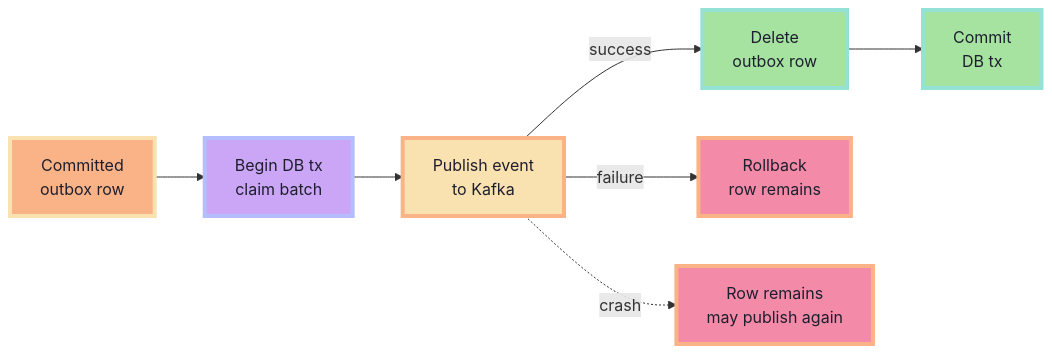
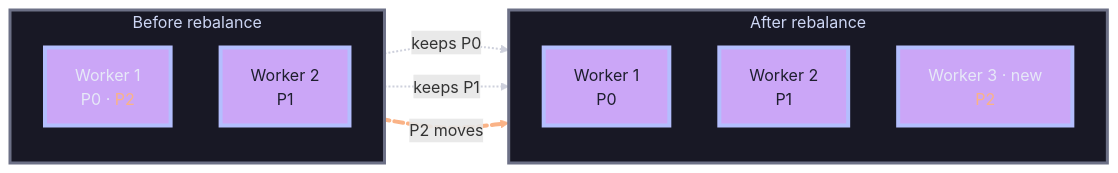
Diagram 20 of 40 in content/slides/go-labs-eda-go-kafka/slides.md (hmajid2301/blog), drawn with Mermaid before and after one commit. The commit also changed other lines of this file and 10 other files, not shown here.

````diff
--- a/content/slides/go-labs-eda-go-kafka/slides.md
+++ b/content/slides/go-labs-eda-go-kafka/slides.md
@@ -777,21 +1127,25 @@
 ```mermaid
 flowchart LR
-    OUT["Committed<br/>outbox row"] --> CLAIM["Begin DB tx<br/>claim batch"]
-    CLAIM --> PUB["Publish event<br/>to Kafka"]
-    PUB -->|success| DELETE["Delete<br/>outbox row"]
-    DELETE --> COMMIT["Commit<br/>DB tx"]
-    PUB -->|failure| KEEP["Rollback<br/>row remains"]
-    PUB -. "crash" .-> DUP["Row remains<br/>may publish again"]
+    subgraph before["Before rebalance"]
+        direction TB
+        A["<span style='display:inline-block'><span style='color:#e6e9f7 !important'>Worker 1<br/>P0 · <span style='color:#fab387 !important'>P2</span></span></span>"]
+        B["Worker 2<br/>P1"]
+    end
+    subgraph after["After rebalance"]
+        direction TB
+        A2["Worker 1<br/>P0"]
+        B2["Worker 2<br/>P1"]
+        C["<span style='display:inline-block'><span style='color:#e6e9f7 !important'>Worker 3 · new<br/><span style='color:#fab387 !important'>P2</span></span></span>"]
+    end
+    A -. "keeps P0" .-> A2
+    B -. "keeps P1" .-> B2
+    A move@-.->|"P2 moves"| C
+    move@{ animation: slow }
 
-    classDef source fill:#fab387,stroke:#f9e2af,stroke-width:4px,color:#1e1e2e;
-    classDef tx fill:#cba6f7,stroke:#b4befe,stroke-width:4px,color:#1e1e2e;
-    classDef kafka fill:#f9e2af,stroke:#fab387,stroke-width:4px,color:#1e1e2e;
-    classDef success fill:#a6e3a1,stroke:#94e2d5,stroke-width:4px,color:#1e1e2e;
-    classDef failure fill:#f38ba8,stroke:#fab387,stroke-width:4px,color:#1e1e2e;
-
-    class OUT source;
-    class CLAIM tx;
-    class PUB kafka;
-    class DELETE,COMMIT success;
-    class KEEP,DUP failure;
+    classDef disbursements fill:#cba6f7,stroke:#b4befe,stroke-width:4px,color:#1e1e2e;
+    classDef group fill:#181825,stroke:#6c7086,stroke-width:3px,color:#cdd6f4;
+    class A,A2,B,B2,C disbursements;
+    class before,after group;
+    linkStyle 0,1 opacity:0.45,stroke:#9399b2,stroke-width:2px;
+    linkStyle 2 stroke:#fab387,stroke-width:4px;
 ```
````
